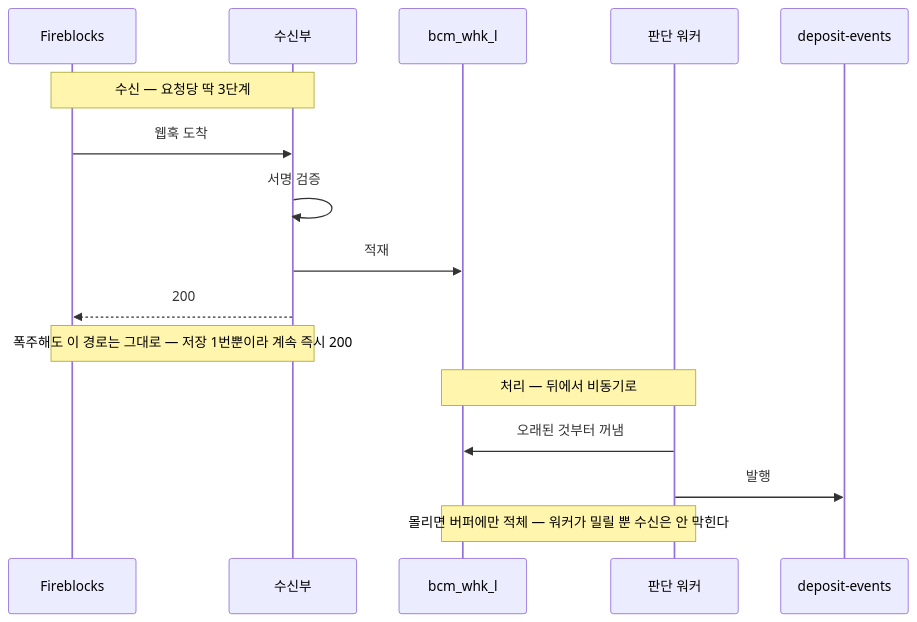
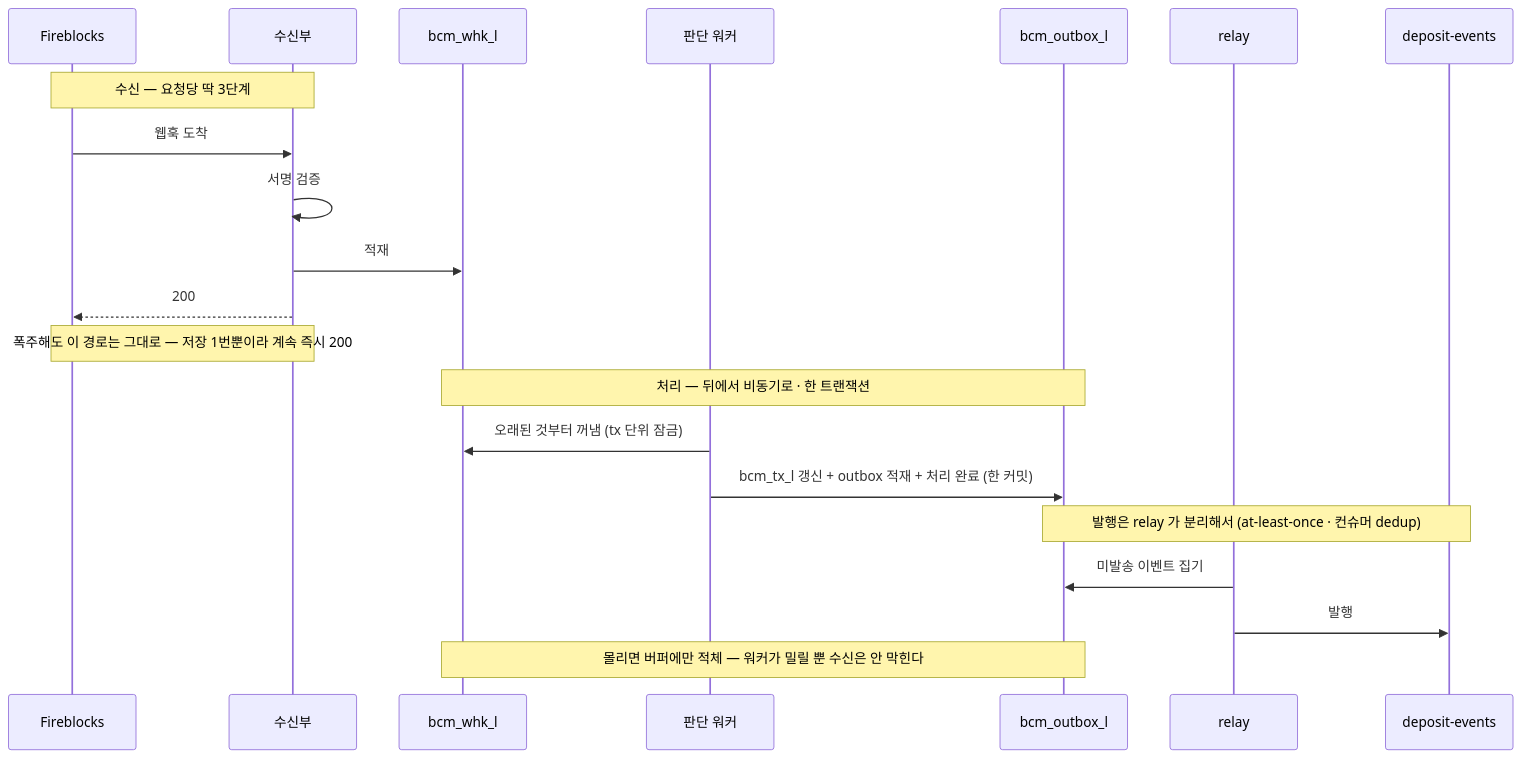
The first of 4 diagrams in blockchain-manager/docs/BC/설계/99-detection-detail.md (eunsujeo/eunpus), drawn with Mermaid before and after one commit. The commit also changed other lines of this file and 9 other files, not shown here.

````diff
--- a/blockchain-manager/docs/BC/설계/99-detection-detail.md
+++ b/blockchain-manager/docs/BC/설계/99-detection-detail.md
@@ -39,20 +41,25 @@
 ```mermaid
 sequenceDiagram
   participant F as Fireblocks
   participant R as 수신부
   participant B as bcm_whk_l
   participant W as 판단 워커
+  participant O as bcm_outbox_l
+  participant L as relay
   participant Q as deposit-events
 
   Note over F,R: 수신 — 요청당 딱 3단계
   F->>R: 웹훅 도착
   R->>R: 서명 검증
   R->>B: 적재
   R-->>F: 200
   Note over F,R: 폭주해도 이 경로는 그대로 — 저장 1번뿐이라 계속 즉시 200
 
-  Note over B,W: 처리 — 뒤에서 비동기로
-  W->>B: 오래된 것부터 꺼냄
-  W->>Q: 발행
-  Note over B,W: 몰리면 버퍼에만 적체 — 워커가 밀릴 뿐 수신은 안 막힌다
+  Note over B,O: 처리 — 뒤에서 비동기로 · 한 트랜잭션
+  W->>B: 오래된 것부터 꺼냄 (tx 단위 잠금)
+  W->>O: bcm_tx_l 갱신 + outbox 적재 + 처리 완료 (한 커밋)
+  Note over O,Q: 발행은 relay 가 분리해서 (at-least-once · 컨슈머 dedup)
+  L->>O: 미발송 이벤트 집기
+  L->>Q: 발행
+  Note over B,O: 몰리면 버퍼에만 적체 — 워커가 밀릴 뿐 수신은 안 막힌다
 ```
````
